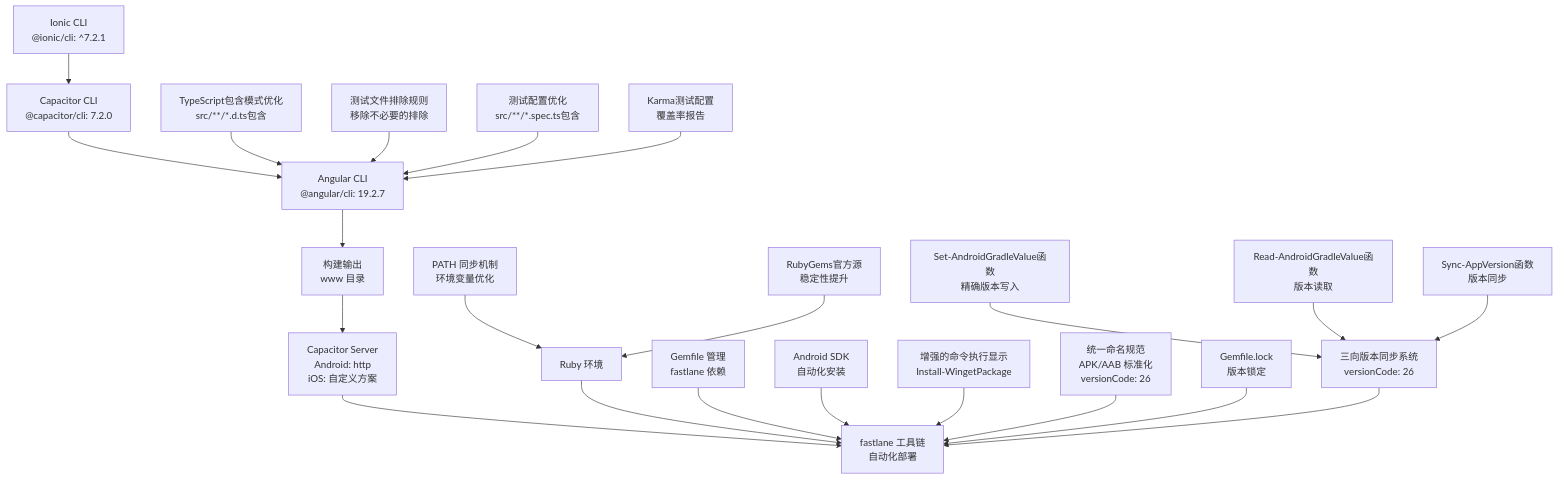
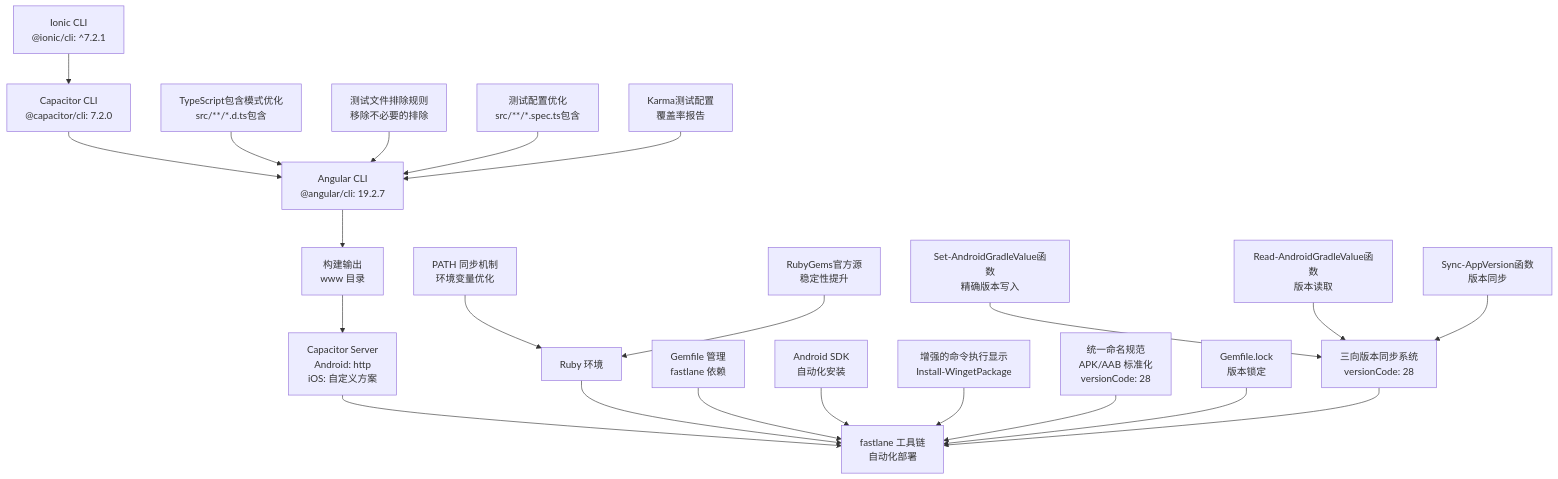
Before and after one commit to tea4go/Macro-Deck-Client-App: the third of 6 diagrams in .qoder/repowiki/zh/content/构建与部署/构建配置.md, drawn with Mermaid. The commit also changed other lines of this file and 42 other files, not shown here.

````diff
--- a/.qoder/repowiki/zh/content/构建与部署/构建配置.md
+++ b/.qoder/repowiki/zh/content/构建与部署/构建配置.md
@@ -385,24 +385,24 @@
 ```mermaid
 graph TB
 A["Ionic CLI<br/>@ionic/cli: ^7.2.1"] --> B["Capacitor CLI<br/>@capacitor/cli: 7.2.0"]
 B --> C["Angular CLI<br/>@angular/cli: 19.2.7"]
 C --> D["构建输出<br/>www 目录"]
 D --> E["Capacitor Server<br/>Android: http<br/>iOS: 自定义方案"]
 E --> F["fastlane 工具链<br/>自动化部署"]
 G["Ruby 环境"] --> F
 H["Gemfile 管理<br/>fastlane 依赖"] --> F
 I["Android SDK<br/>自动化安装"] --> F
 J["PATH 同步机制<br/>环境变量优化"] --> G
 K["增强的命令执行显示<br/>Install-WingetPackage"] --> F
-L["统一命名规范<br/>APK/AAB 标准化<br/>versionCode: 26"] --> F
+L["统一命名规范<br/>APK/AAB 标准化<br/>versionCode: 28"] --> F
 M["Gemfile.lock<br/>版本锁定"] --> F
 N["RubyGems官方源<br/>稳定性提升"] --> G
-O["三向版本同步系统<br/>versionCode: 26"] --> F
+O["三向版本同步系统<br/>versionCode: 28"] --> F
 P["Set-AndroidGradleValue函数<br/>精确版本写入"] --> O
 Q["Read-AndroidGradleValue函数<br/>版本读取"] --> O
 R["Sync-AppVersion函数<br/>版本同步"] --> O
 S["TypeScript包含模式优化<br/>src/**/*.d.ts包含"] --> C
 T["测试文件排除规则<br/>移除不必要的排除"] --> C
 U["测试配置优化<br/>src/**/*.spec.ts包含"] --> C
 V["Karma测试配置<br/>覆盖率报告"] --> C
 ```
````
